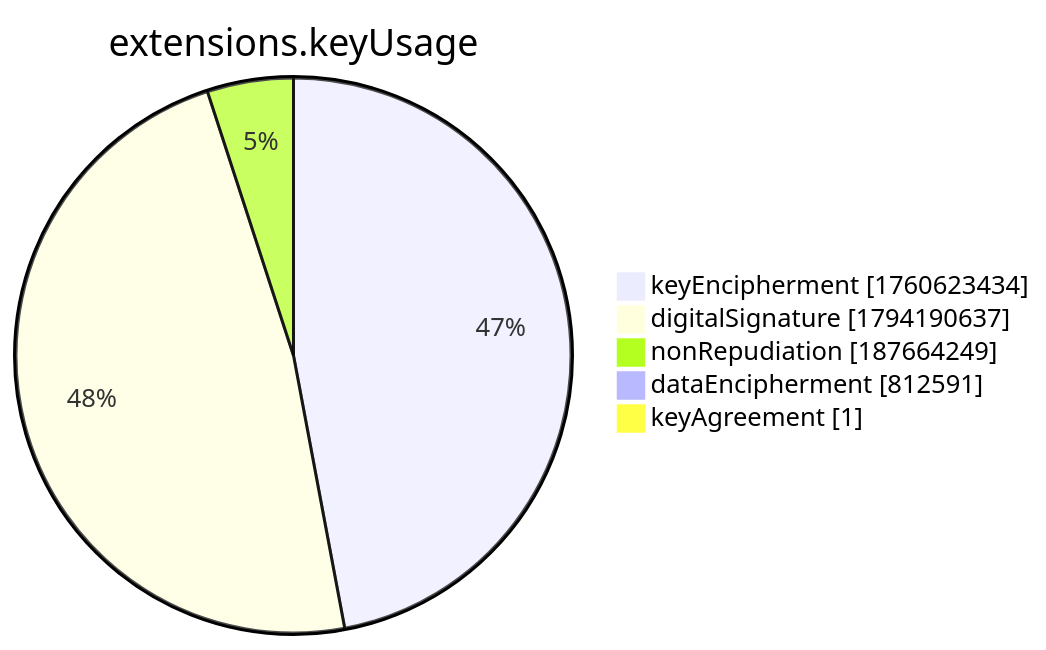
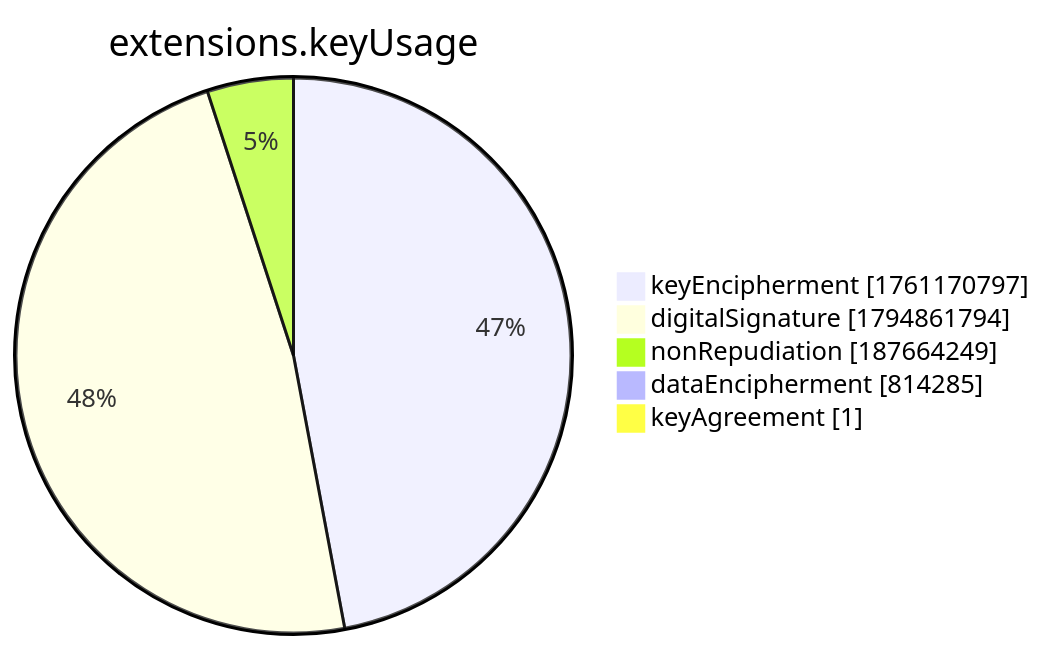
The seventh of 15 diagrams in xenon2022/README.md (christiankrug/ctmonitor_visualization), drawn with Mermaid before and after one commit. The commit also changed other lines of this file, not shown here.

````diff
--- a/xenon2022/README.md
+++ b/xenon2022/README.md
@@ -2859,9 +2859,9 @@
 ```mermaid
 pie showData
 title extensions.keyUsage
-"keyEncipherment" :1760623434
-"digitalSignature" :1794190637
+"keyEncipherment" :1761170797
+"digitalSignature" :1794861794
 "nonRepudiation" :187664249
-"dataEncipherment" :812591
+"dataEncipherment" :814285
 "keyAgreement" :1
 ```
````
